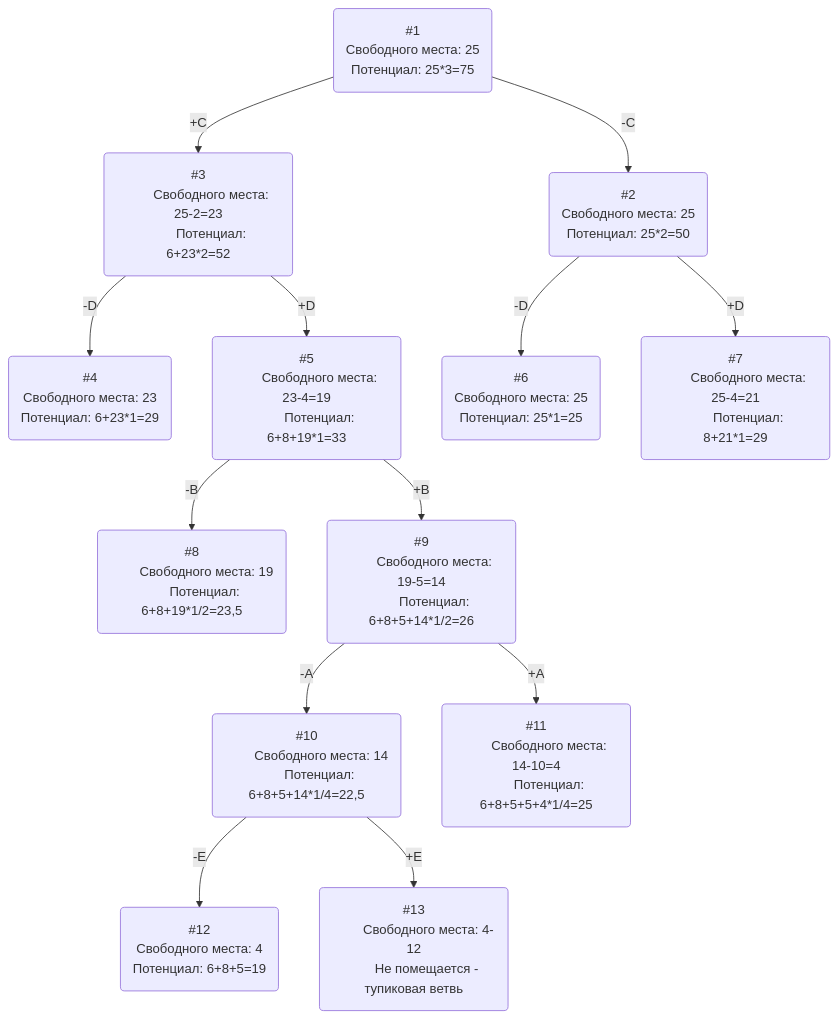
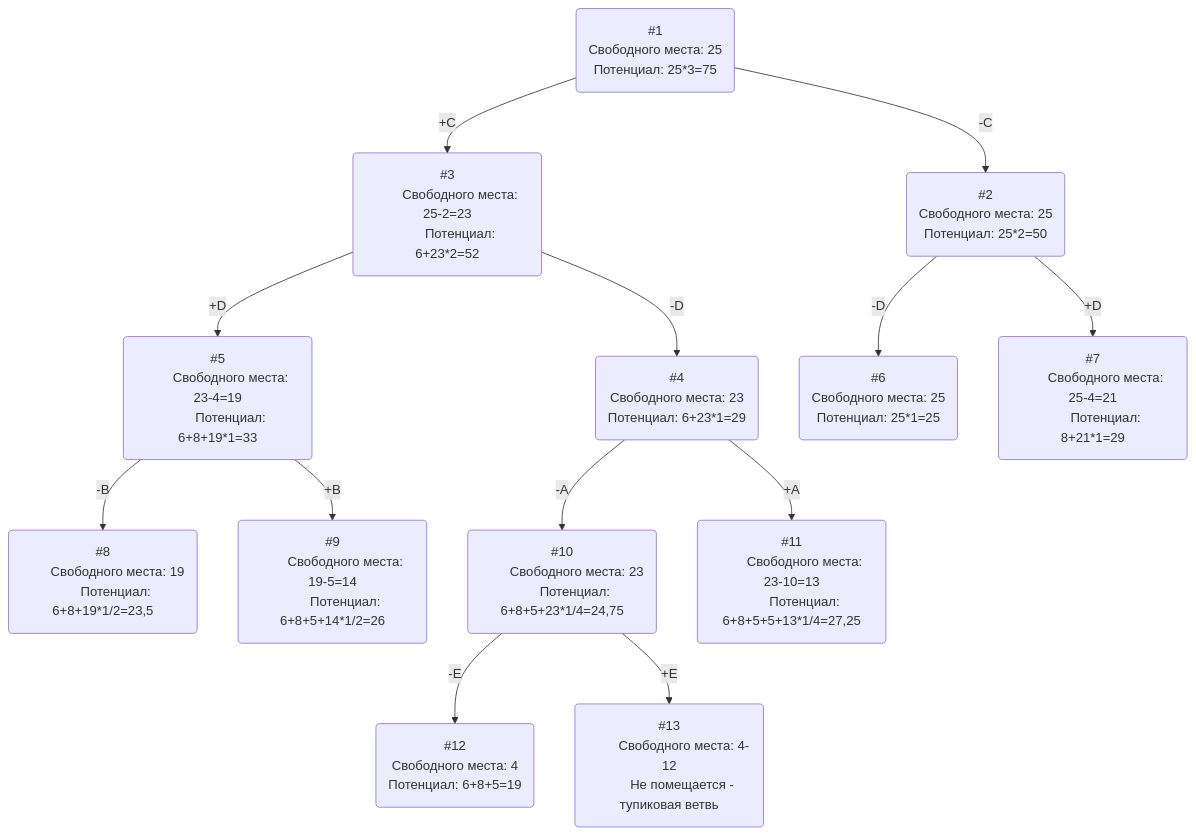
Before and after one commit to hse-algo-24-raven/manual-tasks-raven: the diagram in task-11/pustobek.md, drawn with Mermaid.

````diff
--- a/task-11/pustobek.md
+++ b/task-11/pustobek.md
@@ -42,51 +42,51 @@
 ```mermaid
 graph TB
     1(#1
         Свободного места: 25
         Потенциал: 25*3=75)--> |-C|2(#2
                         Свободного места: 25
                         Потенциал: 25*2=50)
     1-->|+C|3(#3
         Свободного места: 25-2=23
         Потенциал: 6+23*2=52)
     
     3-->|-D|4(#4
         Свободного места: 23
         Потенциал: 6+23*1=29)
 
     3-->|+D|5(#5
         Свободного места: 23-4=19
         Потенциал: 6+8+19*1=33)
 
     2-->|-D|6(#6
         Свободного места: 25
         Потенциал: 25*1=25)
 
     2-->|+D|7(#7
         Свободного места: 25-4=21
         Потенциал: 8+21*1=29)
 
     5-->|-B|8(#8
         Свободного места: 19
         Потенциал: 6+8+19*1/2=23,5)
 
     5-->|+B|9(#9
         Свободного места: 19-5=14
         Потенциал: 6+8+5+14*1/2=26)
 
-    9-->|-A|10(#10
-        Свободного места: 14
-        Потенциал: 6+8+5+14*1/4=22,5)
+    4-->|-A|10(#10
+        Свободного места: 23
+        Потенциал: 6+8+5+23*1/4=24,75)
 
-    9-->|+A|11(#11
-        Свободного места: 14-10=4
-        Потенциал: 6+8+5+5+4*1/4=25)
+    4-->|+A|11(#11
+        Свободного места: 23-10=13
+        Потенциал: 6+8+5+5+13*1/4=27,25)
 
     10-->|-E|12(#12
         Свободного места: 4
         Потенциал: 6+8+5=19)
 
     10-->|+E|13(#13
         Свободного места: 4-12
         Не помещается - тупиковая ветвь)
 ```
````
